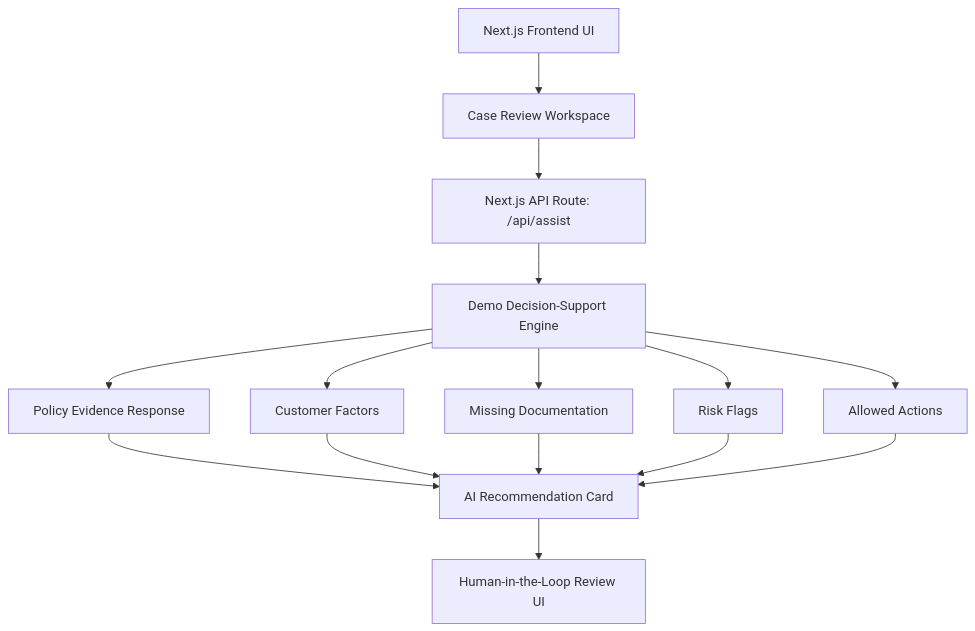
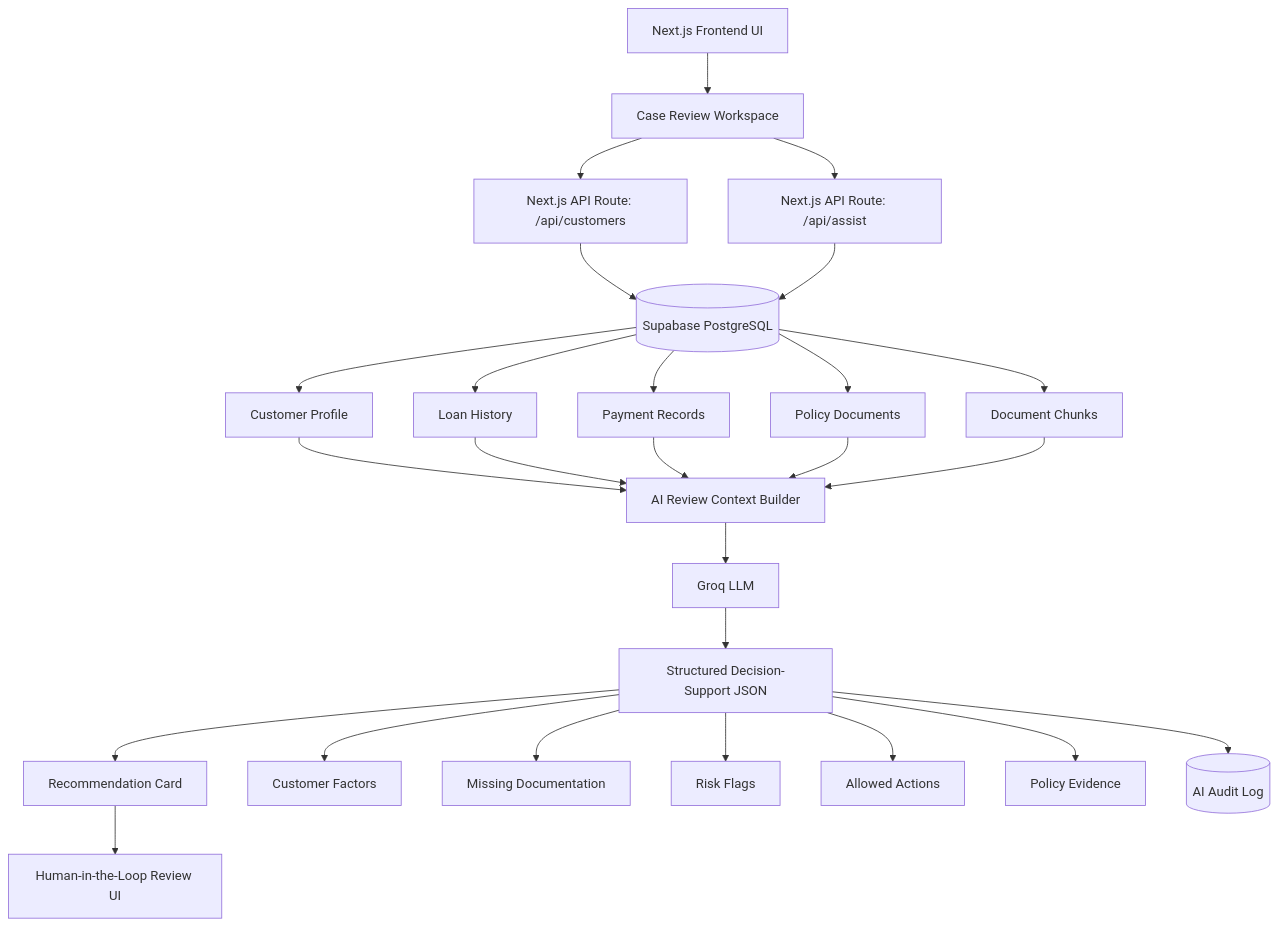
One commit to llmaideveloper/assistiq-banking-copilot changed the first of 4 diagrams in README.md. Above: the diagram before and after it, drawn with Mermaid. The commit also changed other lines of this file and 1 other file, not shown here.

Commit message:
Switch AI review to Groq and update architecture docs

````diff
--- a/README.md
+++ b/README.md
@@ -32,17 +50,34 @@
 ```mermaid
 flowchart TD
     A[Next.js Frontend UI] --> B[Case Review Workspace]
-    B --> C[Next.js API Route: /api/assist]
-    C --> D[Demo Decision-Support Engine]
-    D --> E[Policy Evidence Response]
-    D --> F[Customer Factors]
-    D --> G[Missing Documentation]
-    D --> H[Risk Flags]
-    D --> I[Allowed Actions]
-    E --> J[AI Recommendation Card]
-    F --> J
-    G --> J
-    H --> J
-    I --> J
-    J --> K[Human-in-the-Loop Review UI]
+    B --> C[Next.js API Route: /api/customers]
+    B --> D[Next.js API Route: /api/assist]
+
+    C --> E[(Supabase PostgreSQL)]
+    D --> E
+
+    E --> F[Customer Profile]
+    E --> G[Loan History]
+    E --> H[Payment Records]
+    E --> I[Policy Documents]
+    E --> J[Document Chunks]
+
+    F --> K[AI Review Context Builder]
+    G --> K
+    H --> K
+    I --> K
+    J --> K
+
+    K --> L[Groq LLM]
+    L --> M[Structured Decision-Support JSON]
+
+    M --> N[Recommendation Card]
+    M --> O[Customer Factors]
+    M --> P[Missing Documentation]
+    M --> Q[Risk Flags]
+    M --> R[Allowed Actions]
+    M --> S[Policy Evidence]
+
+    M --> T[(AI Audit Log)]
+    N --> U[Human-in-the-Loop Review UI]
 ```
````
